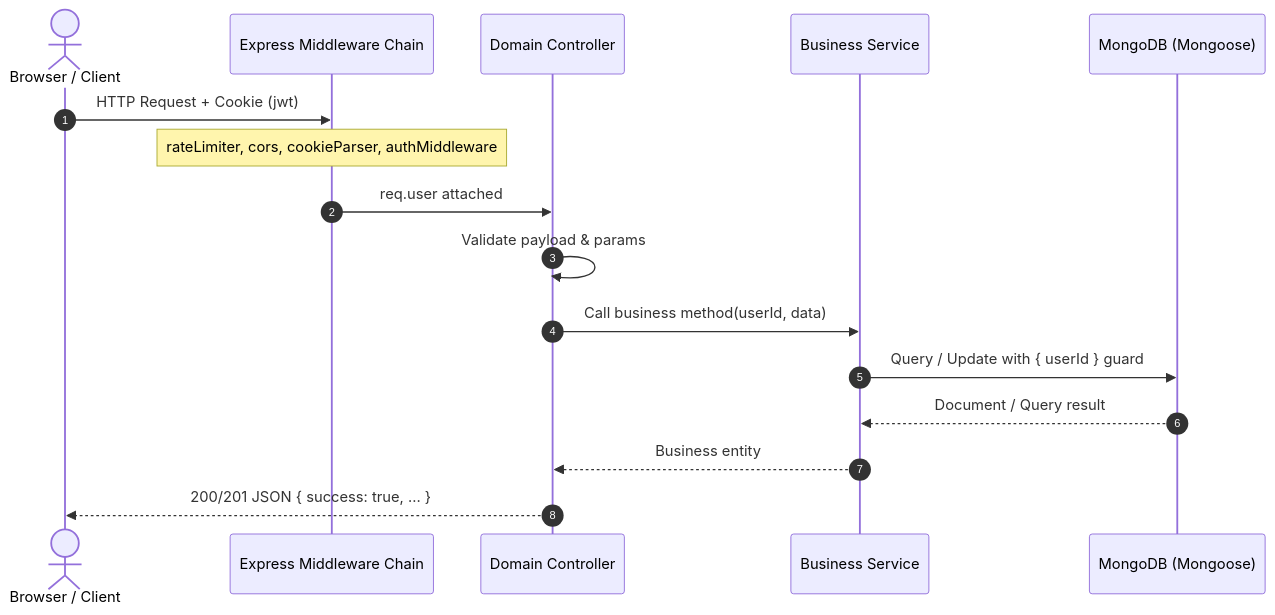
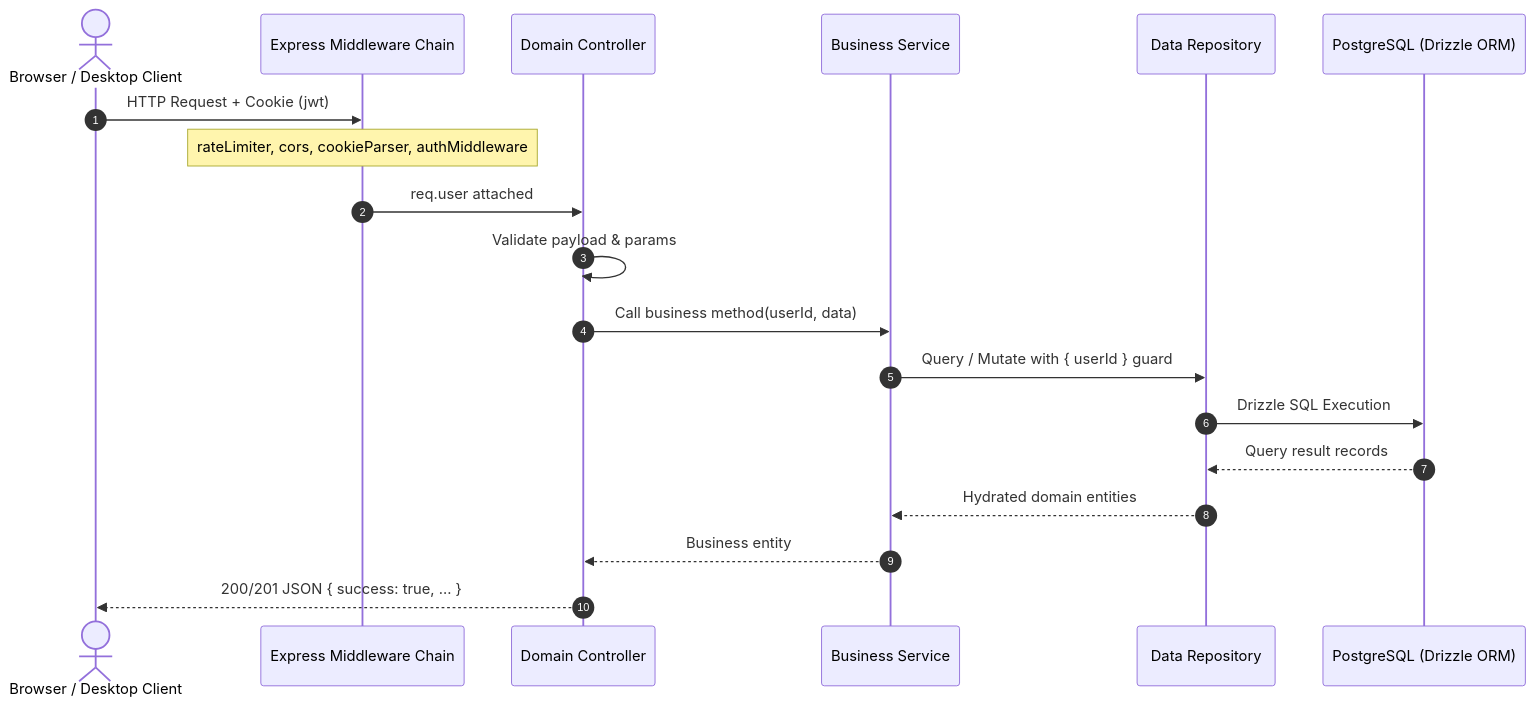
Before and after one commit to Bookinheaven/Athena: the diagram in Documentation/02 - Architecture/Backend Architecture.md, drawn with Mermaid. The commit also changed other lines of this file and 28 other files, not shown here.

First line of the commit message:
refactor(architecture): migrate to Express 5, PostgreSQL, and Drizzle OR

````diff
--- a/Documentation/02 - Architecture/Backend Architecture.md
+++ b/Documentation/02 - Architecture/Backend Architecture.md
@@ -11,19 +11,22 @@
 ```mermaid
 sequenceDiagram
     autonumber
-    actor Client as Browser / Client
+    actor Client as Browser / Desktop Client
     participant MW as Express Middleware Chain
     participant Ctrl as Domain Controller
     participant Svc as Business Service
-    participant DB as MongoDB (Mongoose)
+    participant Repo as Data Repository
+    participant DB as PostgreSQL (Drizzle ORM)
 
     Client->>MW: HTTP Request + Cookie (jwt)
     Note over MW: rateLimiter, cors, cookieParser, authMiddleware
     MW->>Ctrl: req.user attached
     Ctrl->>Ctrl: Validate payload & params
     Ctrl->>Svc: Call business method(userId, data)
-    Svc->>DB: Query / Update with { userId } guard
-    DB-->>Svc: Document / Query result
+    Svc->>Repo: Query / Mutate with { userId } guard
+    Repo->>DB: Drizzle SQL Execution
+    DB-->>Repo: Query result records
+    Repo-->>Svc: Hydrated domain entities
     Svc-->>Ctrl: Business entity
     Ctrl-->>Client: 200/201 JSON { success: true, ... }
 ```
````
